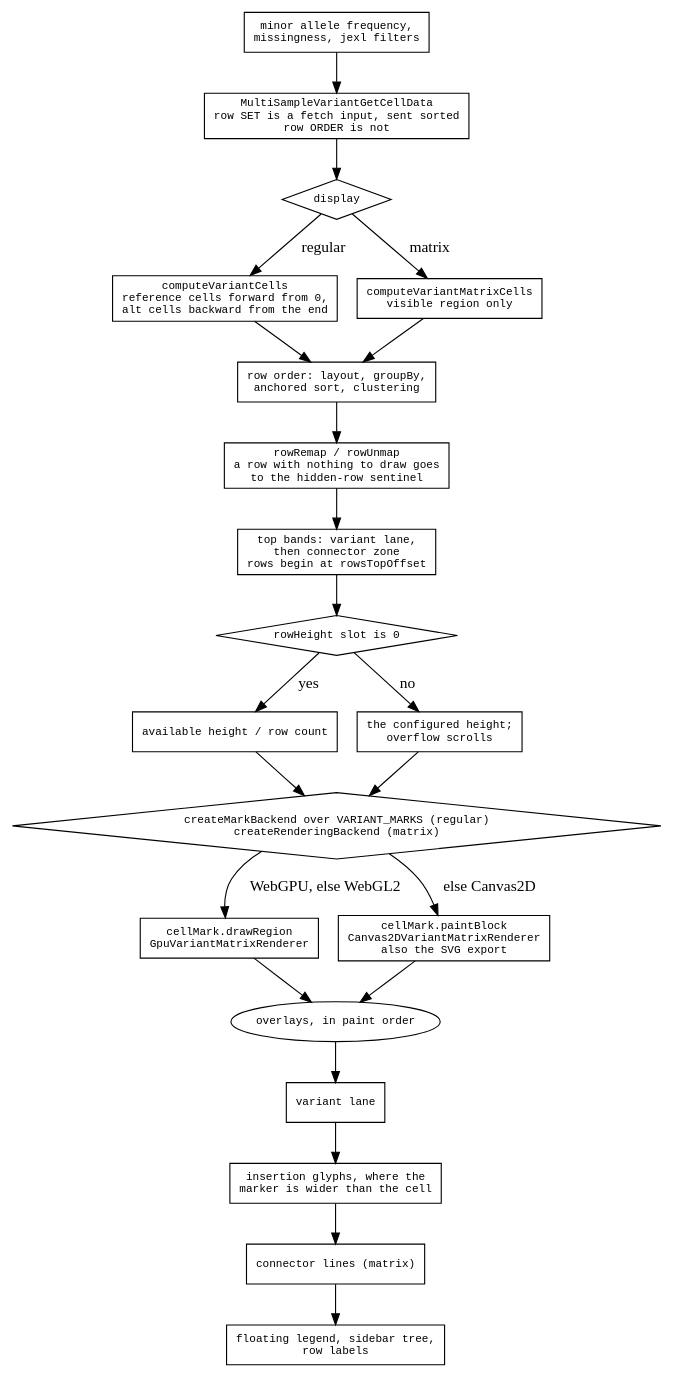
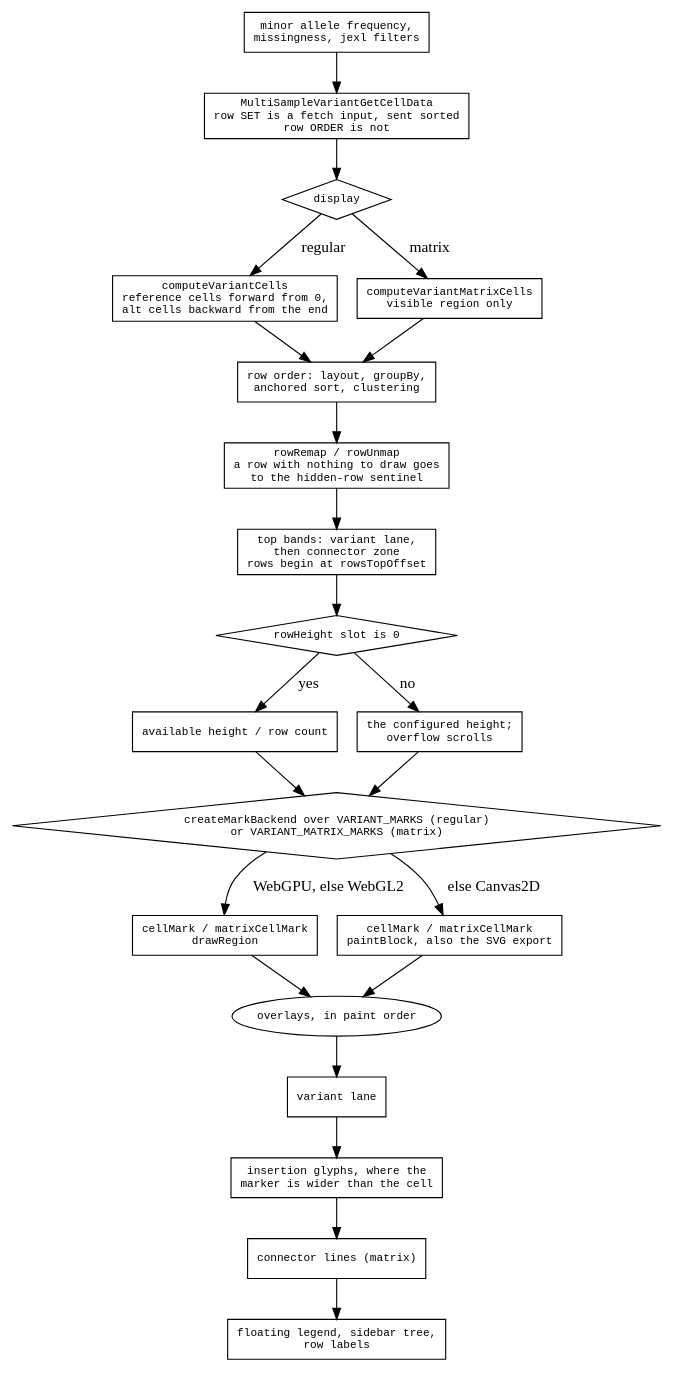
The diagram in agent-docs/mechanisms/diagrams/variants-draw.dot (GMOD/jbrowse-components), drawn with Graphviz before and after one commit. The commit also changed 22 other files, not shown here.

First line of the commit message:
refactor(variants): the matrix display draws through a mark, and params sees the region

```diff
--- a/agent-docs/mechanisms/diagrams/variants-draw.dot
+++ b/agent-docs/mechanisms/diagrams/variants-draw.dot
@@ -1,44 +1,44 @@
 digraph variant_draw {
   rankdir=TB
   node [shape=box fontname=monospace fontsize=10]
   { node [shape=diamond] mode; fit; backend }
 
   filters [label="minor allele frequency,\nmissingness, jexl filters"]
   rpc     [label="MultiSampleVariantGetCellData\nrow SET is a fetch input, sent sorted\nrow ORDER is not"]
   filters -> rpc -> mode
 
   mode [label="display"]
   mode -> cells  [label=" regular"]
   mode -> mcells [label=" matrix"]
   cells  [label="computeVariantCells\nreference cells forward from 0,\nalt cells backward from the end"]
   mcells [label="computeVariantMatrixCells\nvisible region only"]
 
   order [label="row order: layout, groupBy,\nanchored sort, clustering"]
   cells -> order  mcells -> order
 
   remap [label="rowRemap / rowUnmap\na row with nothing to draw goes\nto the hidden-row sentinel"]
   order -> remap -> bands
 
   bands [label="top bands: variant lane,\nthen connector zone\nrows begin at rowsTopOffset"]
   bands -> fit
   fit [label="rowHeight slot is 0"]
   fit -> fitauto [label=" yes"]
   fit -> fitconf [label=" no"]
   fitauto [label="available height / row count"]
   fitconf [label="the configured height;\noverflow scrolls"]
   fitauto -> backend  fitconf -> backend
 
-  backend [label="createMarkBackend over VARIANT_MARKS (regular)\ncreateRenderingBackend (matrix)"]
+  backend [label="createMarkBackend over VARIANT_MARKS (regular)\nor VARIANT_MATRIX_MARKS (matrix)"]
   backend -> gpu [label=" WebGPU, else WebGL2"]
   backend -> c2d [label=" else Canvas2D"]
-  gpu [label="cellMark.drawRegion\nGpuVariantMatrixRenderer"]
-  c2d [label="cellMark.paintBlock\nCanvas2DVariantMatrixRenderer\nalso the SVG export"]
+  gpu [label="cellMark / matrixCellMark\ndrawRegion"]
+  c2d [label="cellMark / matrixCellMark\npaintBlock, also the SVG export"]
 
   overlays [label="overlays, in paint order", shape=oval]
   gpu -> overlays  c2d -> overlays
   overlays -> lane -> glyphs -> conn -> legend
   lane   [label="variant lane"]
   glyphs [label="insertion glyphs, where the\nmarker is wider than the cell"]
   conn   [label="connector lines (matrix)"]
   legend [label="floating legend, sidebar tree,\nrow labels"]
 }
```
